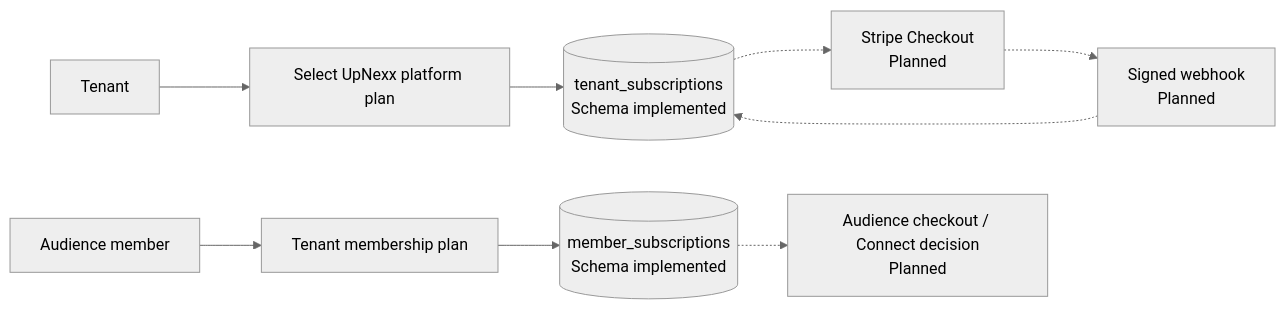
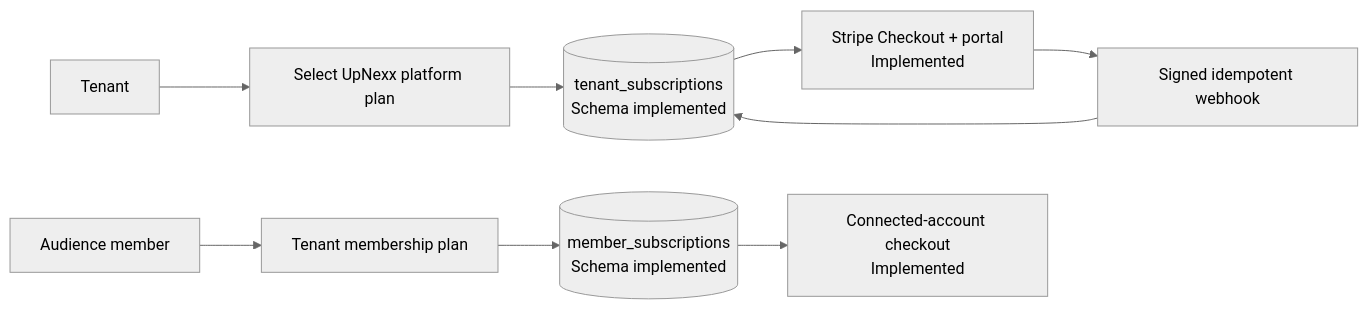
Before and after one commit to drjendan/creator-community-ai: the fifth of 5 diagrams in docs/03_System_Architecture.md, drawn with Mermaid (neutral theme). The commit also changed other lines of this file and 331 other files, not shown here.

````diff
--- a/docs/03_System_Architecture.md
+++ b/docs/03_System_Architecture.md
@@ -122,11 +122,11 @@
 ```mermaid
 flowchart LR
   T[Tenant] --> P[Select UpNexx platform plan]
   P --> S[(tenant_subscriptions<br/>Schema implemented)]
-  S -.-> SC[Stripe Checkout<br/>Planned]
-  SC -.-> WH[Signed webhook<br/>Planned]
-  WH -.-> S
+  S --> SC[Stripe Checkout + portal<br/>Implemented]
+  SC --> WH[Signed idempotent webhook]
+  WH --> S
   M[Audience member] --> MP[Tenant membership plan]
   MP --> MS[(member_subscriptions<br/>Schema implemented)]
-  MS -.-> MC[Audience checkout / Connect decision<br/>Planned]
+  MS --> MC[Connected-account checkout<br/>Implemented]
 ```
````
